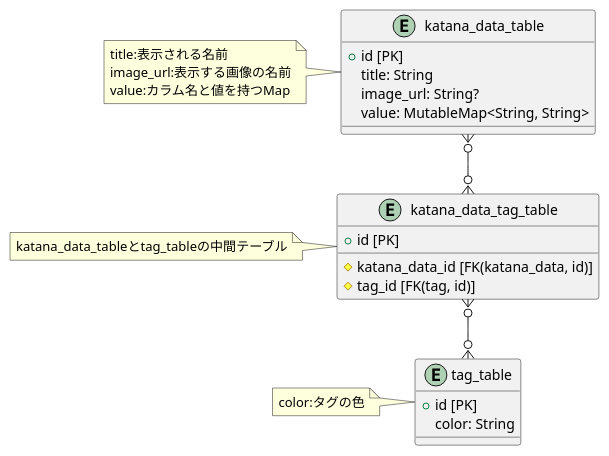
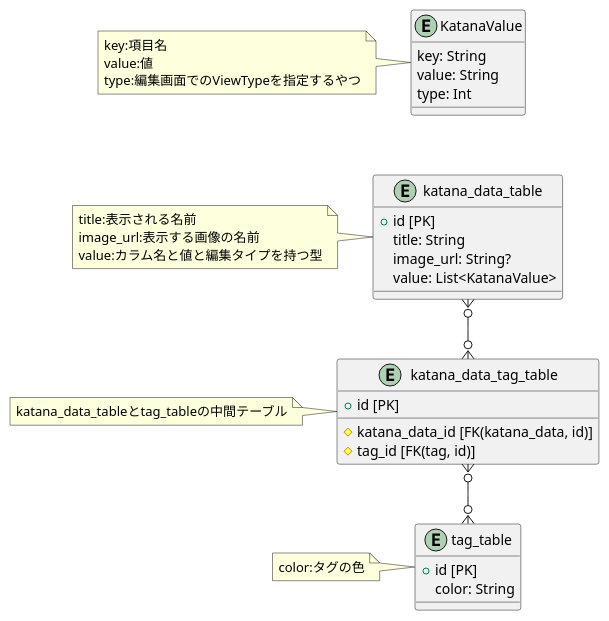
Before and after one commit to Wansuko-cmd/New-Katana-Recorder: the diagram in uml/データベースの構造.puml, drawn with PlantUML.

Commit message:
[fix] uml図の更新

```diff
--- a/uml/データベースの構造.puml
+++ b/uml/データベースの構造.puml
@@ -1,37 +1,51 @@
 @startuml
 entity "katana_data_table"{
     + id [PK]
     title: String
     image_url: String?
-    value: MutableMap<String, String>
+    value: List<KatanaValue>
 }
 
 note left
     title:表示される名前
     image_url:表示する画像の名前
-    value:カラム名と値を持つMap
+    value:カラム名と値と編集タイプを持つ型
 end note
 
 entity "katana_data_tag_table"{
     + id [PK]
     #katana_data_id [FK(katana_data, id)]
     #tag_id [FK(tag, id)]
 }
 
 note left
     katana_data_tableとtag_tableの中間テーブル
 end note
 
 entity "tag_table"{
     + id [PK]
     color: String
 }
 
 note left
     color:タグの色
 end note
 
+entity "KatanaValue"{
+    key: String
+    value: String
+    type: Int
+}
+
+note left
+    key:項目名
+    value:値
+    type:編集画面でのViewTypeを指定するやつ
+end note
+
+KatanaValue -[hidden]do- katana_data_table
+
 katana_data_table}o--o{katana_data_tag_table
 katana_data_tag_table}o--o{tag_table
 
 @enduml
```
